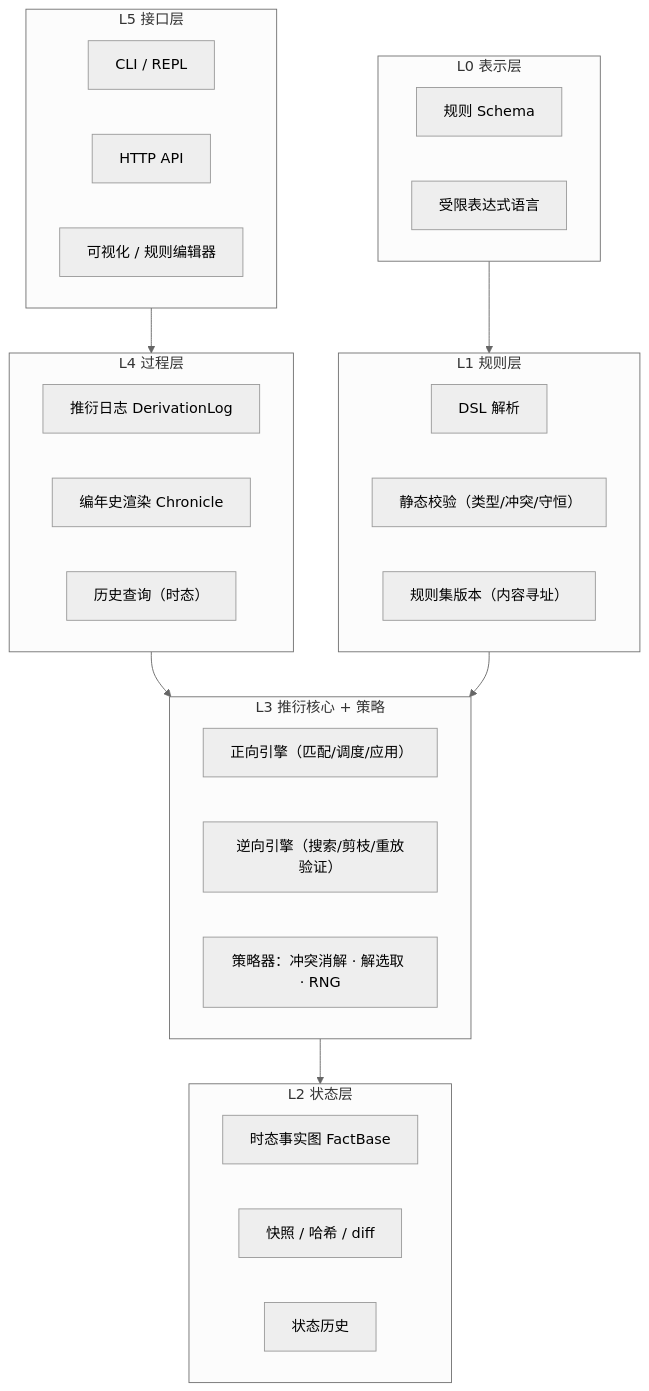
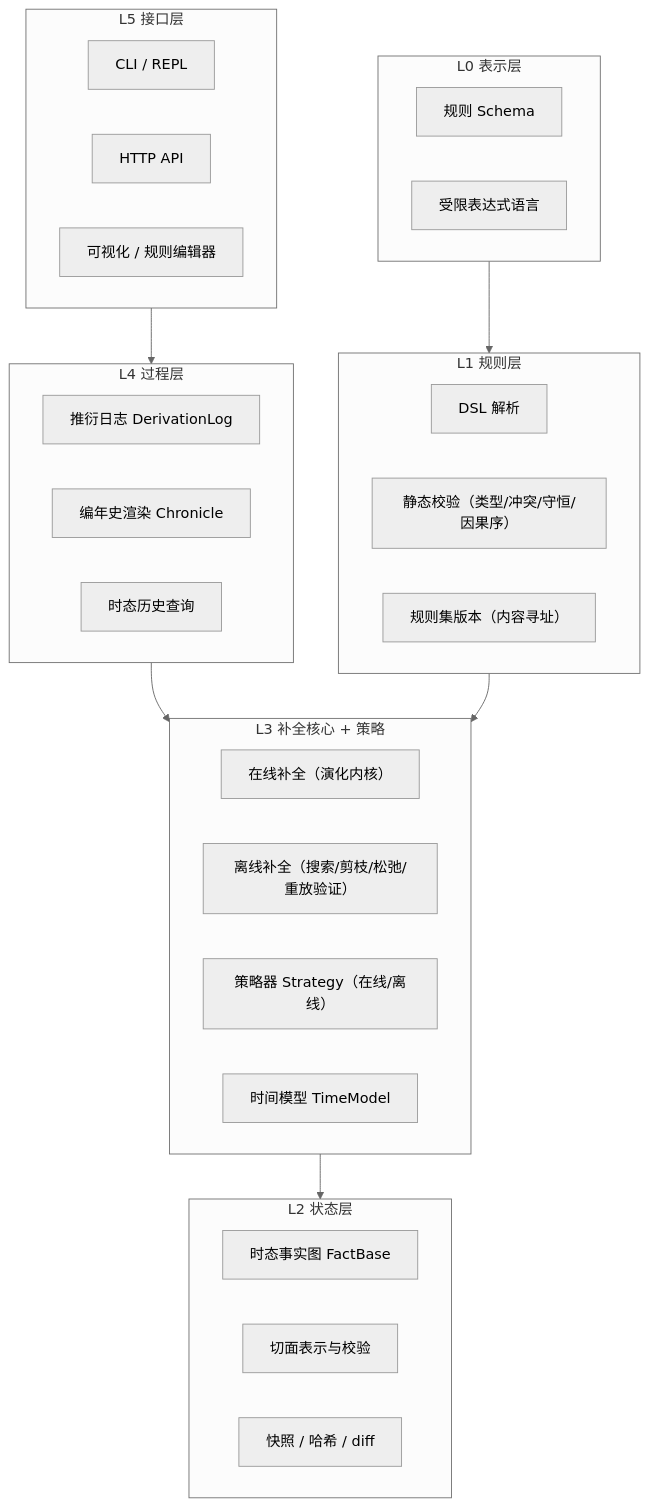
One commit to lykling/hongfan changed the first of 3 diagrams in DESIGN.md. Above: the diagram before and after it, drawn with Mermaid (neutral theme). The commit also changed other lines of this file, not shown here.

````diff
--- a/DESIGN.md
+++ b/DESIGN.md
@@ -207,35 +267,36 @@
 ```mermaid
 flowchart TB
     subgraph L5["L5 接口层"]
         CLI["CLI / REPL"]
         API["HTTP API"]
         VIS["可视化 / 规则编辑器"]
     end
     subgraph L4["L4 过程层"]
         LOG["推衍日志 DerivationLog"]
         CHRON["编年史渲染 Chronicle"]
-        QRY["历史查询（时态）"]
+        QRY["时态历史查询"]
     end
-    subgraph L3["L3 推衍核心 + 策略"]
-        FWD["正向引擎（匹配/调度/应用）"]
-        BWD["逆向引擎（搜索/剪枝/重放验证）"]
-        POL["策略器：冲突消解 · 解选取 · RNG"]
+    subgraph L3["L3 补全核心 + 策略"]
+        ONLINE["在线补全（演化内核）"]
+        OFFLINE["离线补全（搜索/剪枝/松弛/重放验证）"]
+        POL["策略器 Strategy（在线/离线）"]
+        TIME["时间模型 TimeModel"]
     end
     subgraph L2["L2 状态层"]
         FB["时态事实图 FactBase"]
+        SLICE["切面表示与校验"]
         SNAP["快照 / 哈希 / diff"]
-        HIST["状态历史"]
     end
     subgraph L1["L1 规则层"]
         PARSE["DSL 解析"]
-        CHECK["静态校验（类型/冲突/守恒）"]
+        CHECK["静态校验（类型/冲突/守恒/因果序）"]
         VER["规则集版本（内容寻址）"]
     end
     subgraph L0["L0 表示层"]
         SCHEMA["规则 Schema"]
         EXPR["受限表达式语言"]
     end
     L5 --> L4 --> L3 --> L2
     L1 --> L3
     L0 --> L1
 ```
````
